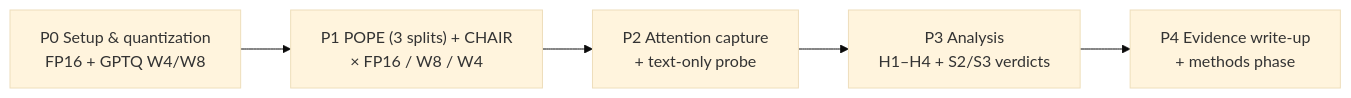
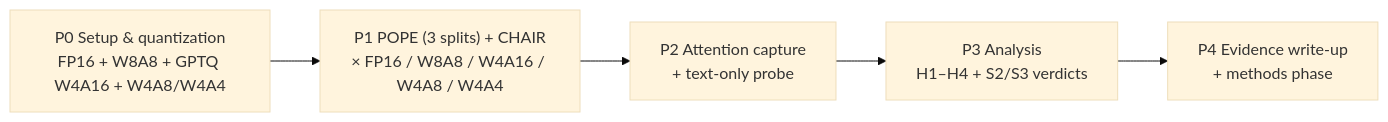
The diagram in obsidian-docs/Research Ideation.md (suryamanoj4/MLLM-quantization-research), drawn with Mermaid (base theme) before and after one commit. The commit also changed other lines of this file and 4 other files, not shown here.

````diff
--- a/obsidian-docs/Research Ideation.md
+++ b/obsidian-docs/Research Ideation.md
@@ -114,7 +115,7 @@
 ```mermaid
 graph LR
-    P0["P0 Setup & quantization<br/>FP16 + GPTQ W4/W8"] --> P1["P1 POPE (3 splits) + CHAIR<br/>× FP16 / W8 / W4"]
+    P0["P0 Setup & quantization<br/>FP16 + W8A8 + GPTQ W4A16 + W4A8/W4A4"] --> P1["P1 POPE (3 splits) + CHAIR<br/>× FP16 / W8A8 / W4A16 / W4A8 / W4A4"]
     P1 --> P2["P2 Attention capture<br/>+ text-only probe"]
     P2 --> P3["P3 Analysis<br/>H1–H4 + S2/S3 verdicts"]
     P3 --> P4["P4 Evidence write-up<br/>+ methods phase"]
 ```
````
